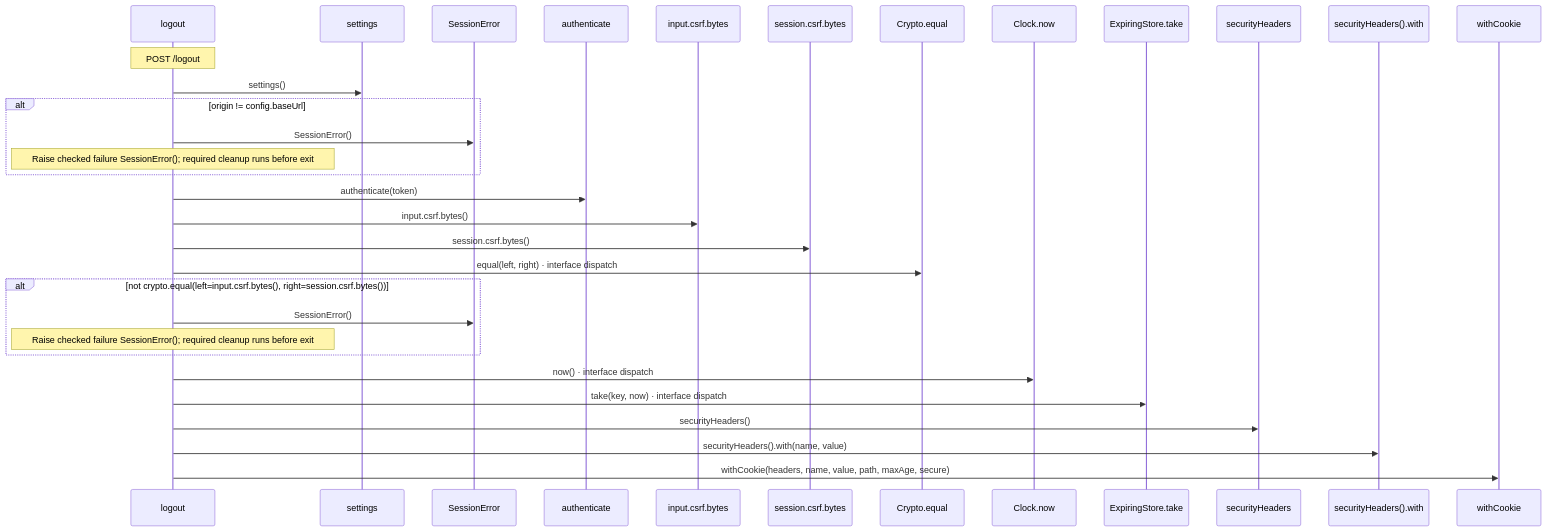
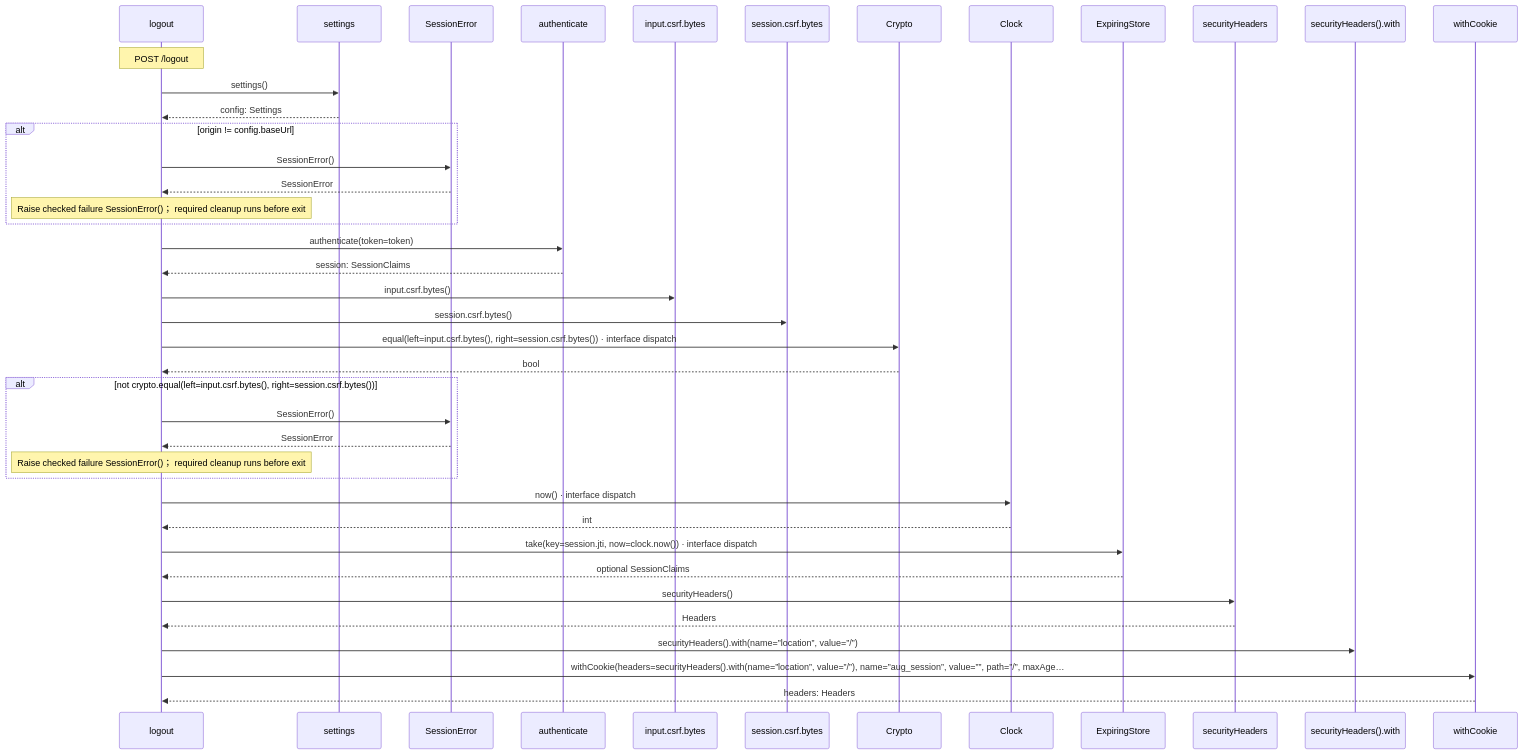
The third of 4 diagrams in docs/examples/oidc-login/client/logout-diagrams.md (GreenPandaStudios/augscript), drawn with Mermaid before and after one commit. The commit also changed other lines of this file and 524 other files, not shown here.

Commit message:
Explain checked data flow at folder and service levels

````diff
--- a/docs/examples/oidc-login/client/logout-diagrams.md
+++ b/docs/examples/oidc-login/client/logout-diagrams.md
@@ -80,34 +80,43 @@
 ```mermaid
 sequenceDiagram
     participant p0 as logout
     participant p1 as settings
     participant p2 as SessionError
     participant p3 as authenticate
     participant p4 as input.csrf.bytes
     participant p5 as session.csrf.bytes
-    participant p6 as Crypto.equal
-    participant p7 as Clock.now
-    participant p8 as ExpiringStore.take
+    participant p6 as Crypto
+    participant p7 as Clock
+    participant p8 as ExpiringStore
     participant p9 as securityHeaders
     participant p10 as securityHeaders().with
     participant p11 as withCookie
     Note over p0: POST /logout
     p0->>p1: settings()
+    p1-->>p0: config: Settings
     alt origin != config.baseUrl
     p0->>p2: SessionError()
-    Note over p0: Raise checked failure SessionError()#59; required cleanup runs before exit
+    p2-->>p0: SessionError
+    Note over p0: Raise checked failure SessionError()； required cleanup runs before exit
     end
-    p0->>p3: authenticate(token)
+    p0->>p3: authenticate(token=token)
+    p3-->>p0: session: SessionClaims
     p0->>p4: input.csrf.bytes()
     p0->>p5: session.csrf.bytes()
-    p0->>p6: equal(left, right) · interface dispatch
+    p0->>p6: equal(left=input.csrf.bytes(), right=session.csrf.bytes()) · interface dispatch
+    p6-->>p0: bool
     alt not crypto.equal(left=input.csrf.bytes(), right=session.csrf.bytes())
     p0->>p2: SessionError()
-    Note over p0: Raise checked failure SessionError()#59; required cleanup runs before exit
+    p2-->>p0: SessionError
+    Note over p0: Raise checked failure SessionError()； required cleanup runs before exit
     end
     p0->>p7: now() · interface dispatch
-    p0->>p8: take(key, now) · interface dispatch
+    p7-->>p0: int
+    p0->>p8: take(key=session.jti, now=clock.now()) · interface dispatch
+    p8-->>p0: optional SessionClaims
     p0->>p9: securityHeaders()
-    p0->>p10: securityHeaders().with(name, value)
-    p0->>p11: withCookie(headers, name, value, path, maxAge, secure)
+    p9-->>p0: Headers
+    p0->>p10: securityHeaders().with(name=”location”, value=”/”)
+    p0->>p11: withCookie(headers=securityHeaders().with(name=”location”, value=”/”), name=”aug_session”, value=””, path=”/”, maxAge…
+    p11-->>p0: headers: Headers
 ```
````
